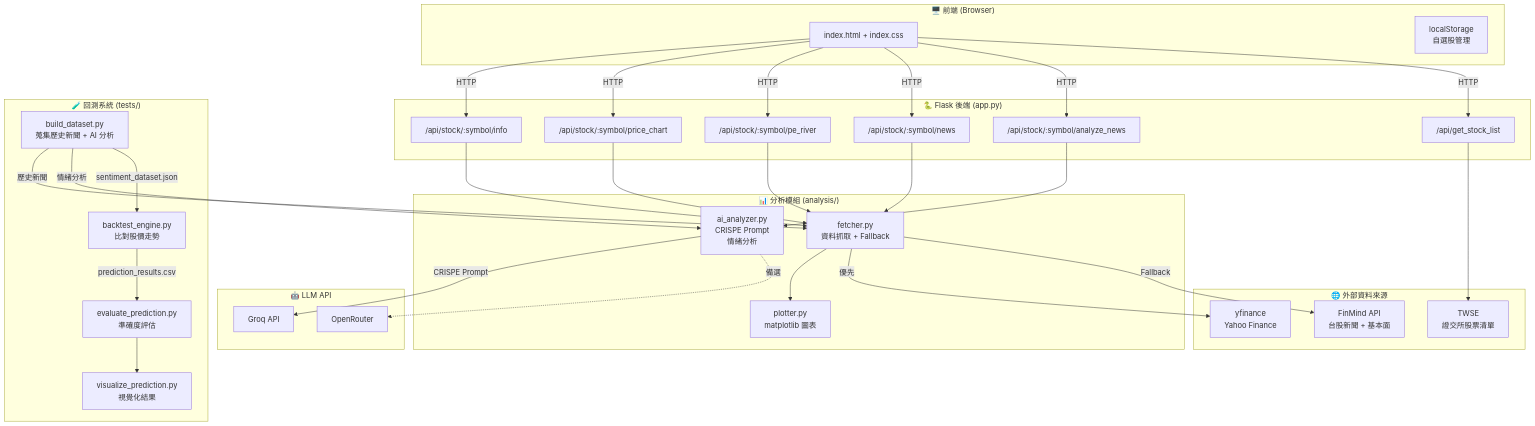
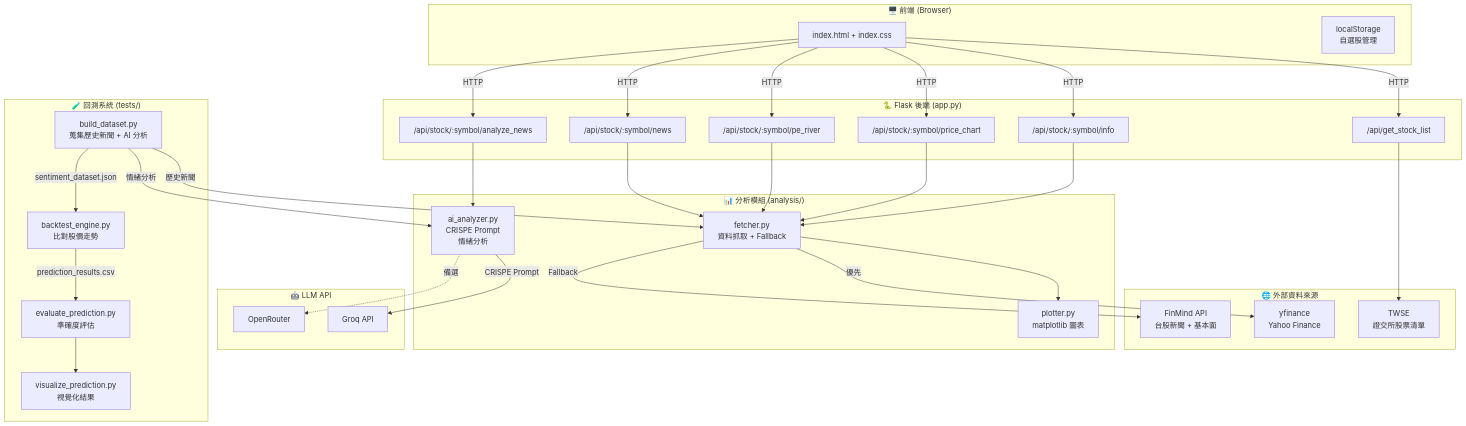
The diagram in README.md (weiyuancheng931107/business_final_project), drawn with Mermaid before and after one commit.

Commit message:
docs: update mermaid

````diff
--- a/README.md
+++ b/README.md
@@ -17,61 +17,76 @@
 ```mermaid
-graph TB
+graph TD
+    %% 1. 前端最上方
     subgraph Frontend["🖥️ 前端 (Browser)"]
         UI["index.html + index.css"]
         LS["localStorage<br/>自選股管理"]
     end
 
+    %% 2. Flask 後端：API 由左至右排好，精準對齊下游
     subgraph Flask["🐍 Flask 後端 (app.py)"]
+        API_LIST["/api/get_stock_list"]
         API_INFO["/api/stock/:symbol/info"]
         API_PRICE["/api/stock/:symbol/price_chart"]
         API_PE["/api/stock/:symbol/pe_river"]
         API_NEWS["/api/stock/:symbol/news"]
         API_ANALYZE["/api/stock/:symbol/analyze_news"]
-        API_LIST["/api/get_stock_list"]
     end
 
+    %% 3. 分析模組：fetcher 靠左，AI 靠右
     subgraph Analysis["📊 分析模組 (analysis/)"]
         FETCHER["fetcher.py<br/>資料抓取 + Fallback"]
         PLOTTER["plotter.py<br/>matplotlib 圖表"]
         AI["ai_analyzer.py<br/>CRISPE Prompt<br/>情緒分析"]
     end
 
+    %% 4. 外部資料來源（強迫定位在左下方）
     subgraph DataSources["🌐 外部資料來源"]
+        TWSE["TWSE<br/>證交所股票清單"]
         YF["yfinance<br/>Yahoo Finance"]
         FM["FinMind API<br/>台股新聞 + 基本面"]
-        TWSE["TWSE<br/>證交所股票清單"]
     end
 
+    %% 5. LLM API（強迫定位在右下方）
     subgraph LLM["🤖 LLM API"]
         GROQ["Groq API"]
         OR["OpenRouter"]
     end
 
+    %% 6. 回測系統（放在獨立側邊）
     subgraph Backtest["🧪 回測系統 (tests/)"]
         BD["build_dataset.py<br/>蒐集歷史新聞 + AI 分析"]
         BE["backtest_engine.py<br/>比對股價走勢"]
         EP["evaluate_prediction.py<br/>準確度評估"]
         VP["visualize_prediction.py<br/>視覺化結果"]
     end
 
-    UI -->|HTTP| API_INFO & API_PRICE & API_PE & API_NEWS & API_ANALYZE & API_LIST
+    %% --- 連線關係 ---
+    UI -->|HTTP| API_LIST
+    UI -->|HTTP| API_INFO
+    UI -->|HTTP| API_PRICE
+    UI -->|HTTP| API_PE
+    UI -->|HTTP| API_NEWS
+    UI -->|HTTP| API_ANALYZE
 
+    %% 垂直向下分流
+    API_LIST --> TWSE
     API_INFO --> FETCHER
-    API_PRICE --> FETCHER --> PLOTTER
+    API_PRICE --> FETCHER
     API_PE --> FETCHER
     API_NEWS --> FETCHER
     API_ANALYZE --> AI
-    API_LIST --> TWSE
 
+    %% 模組內部與外部依賴
+    FETCHER --> PLOTTER
     FETCHER -->|優先| YF
     FETCHER -->|Fallback| FM
-
     AI -->|CRISPE Prompt| GROQ
     AI -.->|備選| OR
 
+    %% 回測連線
     BD -->|歷史新聞| FETCHER
     BD -->|情緒分析| AI
     BD -->|sentiment_dataset.json| BE
     BE -->|prediction_results.csv| EP
     EP --> VP
 ```
````
